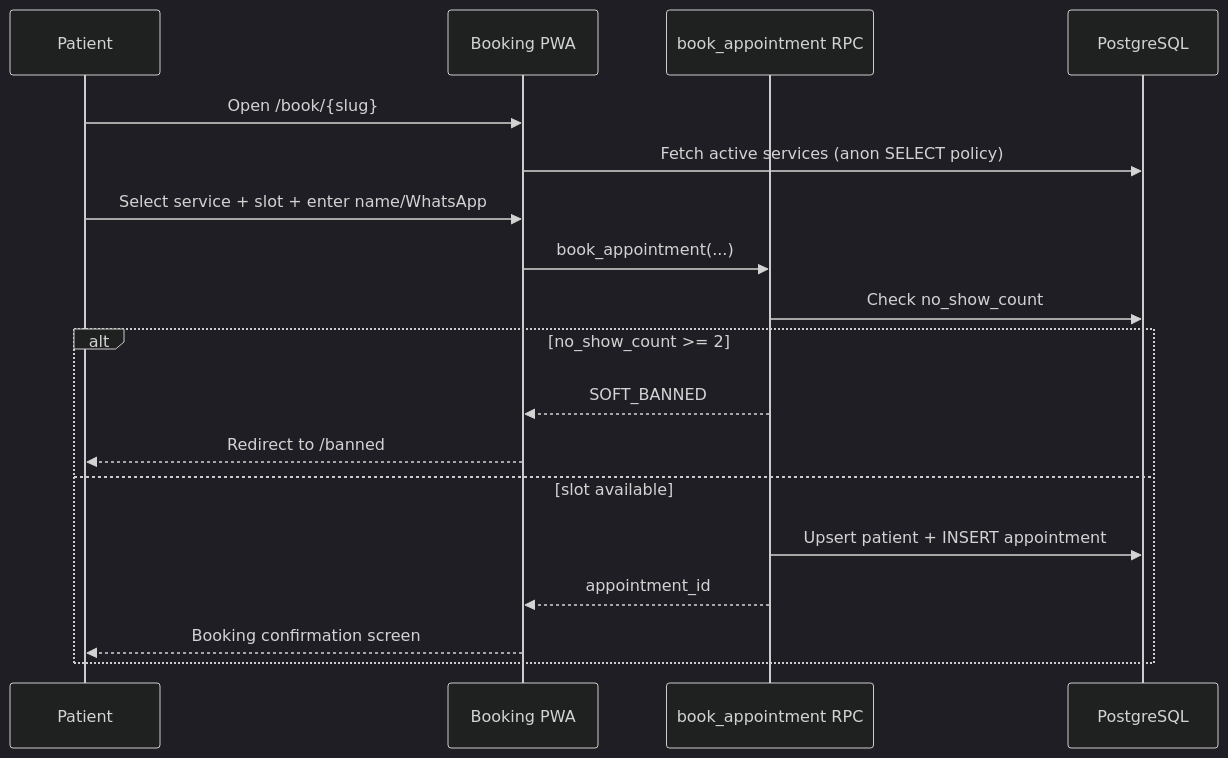
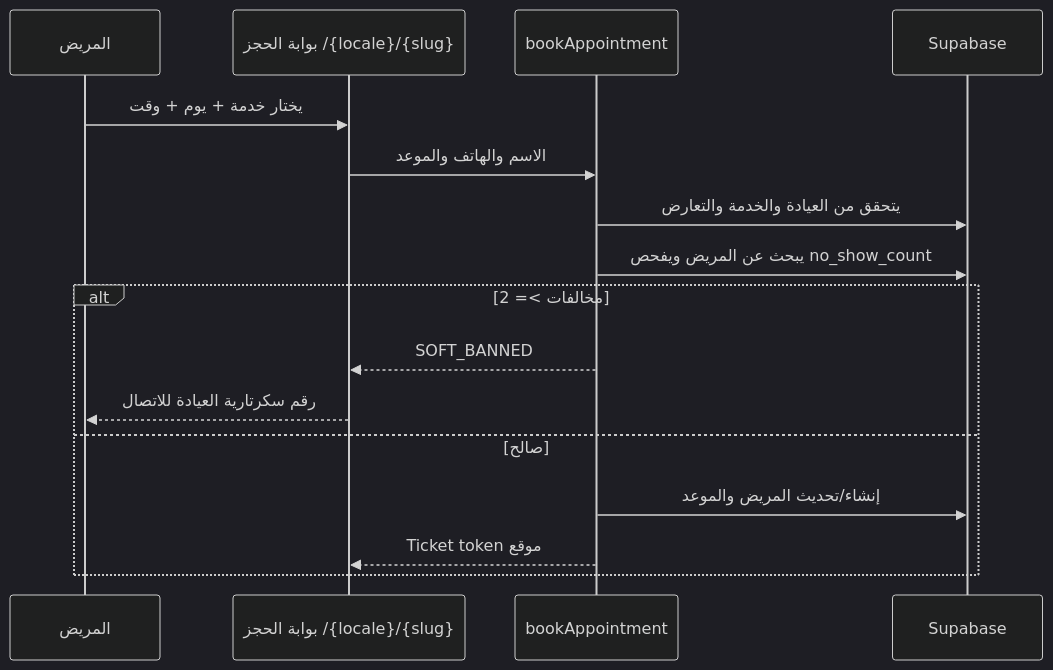
One commit to Anas-Shalaby/nawa changed the diagram in docs/architecture.md. Above: the diagram before and after it, drawn with Mermaid (dark theme). The commit also changed other lines of this file and 50 other files, not shown here.

````diff
--- a/docs/architecture.md
+++ b/docs/architecture.md
@@ -569,21 +122,18 @@
 ```mermaid
 sequenceDiagram
-    participant P as Patient
-    participant PWA as Booking PWA
-    participant RPC as book_appointment RPC
-    participant DB as PostgreSQL
-
-    P->>PWA: Open /book/{slug}
-    PWA->>DB: Fetch active services (anon SELECT policy)
-    P->>PWA: Select service + slot + enter name/WhatsApp
-    PWA->>RPC: book_appointment(...)
-    RPC->>DB: Check no_show_count
-    alt no_show_count >= 2
-        RPC-->>PWA: SOFT_BANNED
-        PWA-->>P: Redirect to /banned
-    else slot available
-        RPC->>DB: Upsert patient + INSERT appointment
-        RPC-->>PWA: appointment_id
-        PWA-->>P: Booking confirmation screen
-    end
+  participant P as المريض
+  participant UI as بوابة الحجز /{locale}/{slug}
+  participant A as bookAppointment
+  participant DB as Supabase
+  P->>UI: يختار خدمة + يوم + وقت
+  UI->>A: الاسم والهاتف والموعد
+  A->>DB: يتحقق من العيادة والخدمة والتعارض
+  A->>DB: يبحث عن المريض ويفحص no_show_count
+  alt مخالفات >= 2
+    A-->>UI: SOFT_BANNED
+    UI-->>P: رقم سكرتارية العيادة للاتصال
+  else صالح
+    A->>DB: إنشاء/تحديث المريض والموعد
+    A-->>UI: Ticket token موقع
+  end
 ```
````
